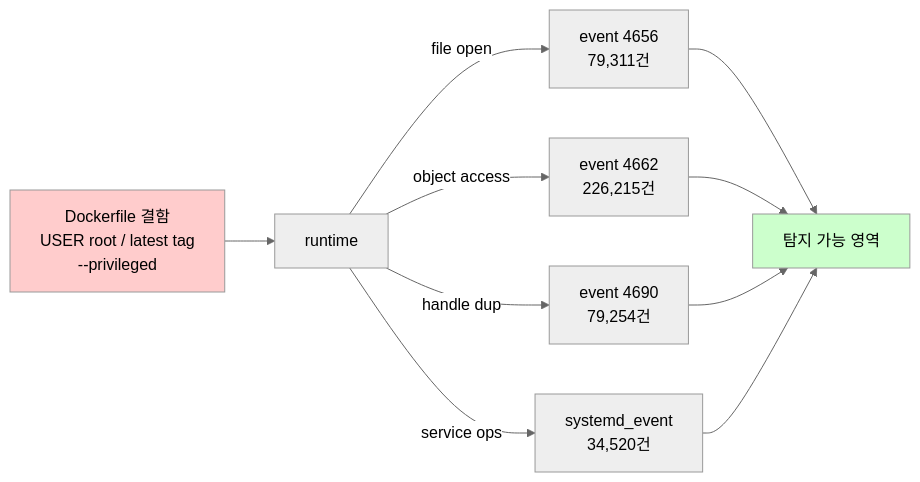
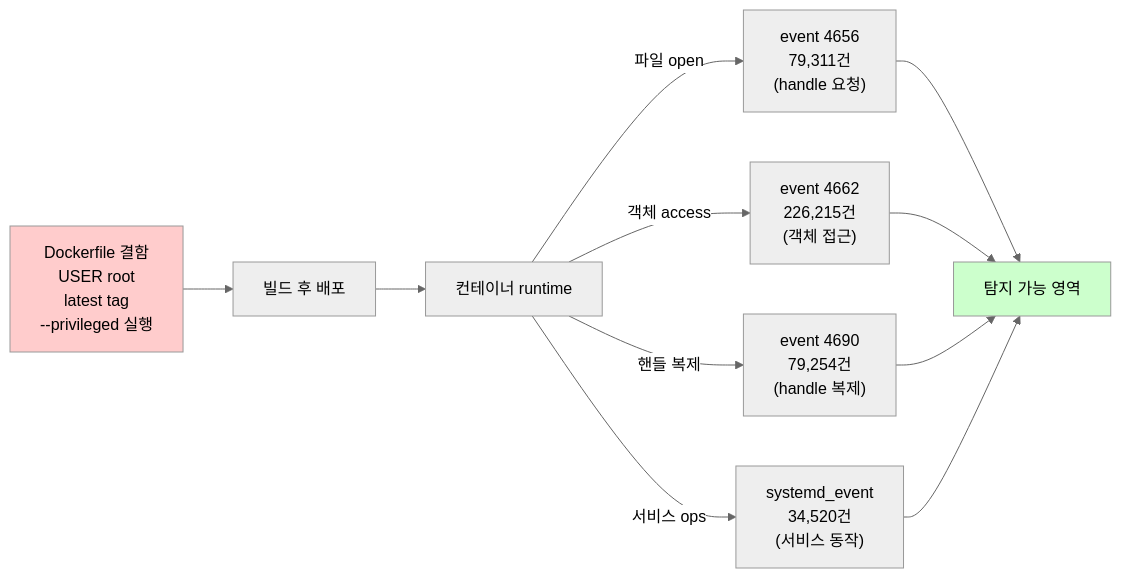
The diagram in contents/education/course6-cloud-container/week02/lecture.md (mrgrit/ccc), drawn with Mermaid (neutral theme) before and after one commit. The commit also changed other lines of this file and 12 other files, not shown here.

````diff
--- a/contents/education/course6-cloud-container/week02/lecture.md
+++ b/contents/education/course6-cloud-container/week02/lecture.md
@@ -492,15 +494,16 @@
 ```mermaid
 graph LR
-    DF["Dockerfile 결함<br/>USER root / latest tag<br/>--privileged"] --> RUN[runtime]
-    RUN -->|file open| H4656[event 4656<br/>79,311건]
-    RUN -->|object access| H4662[event 4662<br/>226,215건]
-    RUN -->|handle dup| H4690[event 4690<br/>79,254건]
-    RUN -->|service ops| SYS[systemd_event<br/>34,520건]
-    H4656 --> DET[탐지 가능 영역]
+    DF["Dockerfile 결함<br/>USER root<br/>latest tag<br/>--privileged 실행"] --> BUILD[빌드 후 배포]
+    BUILD --> RUN[컨테이너 runtime]
+    RUN -->|파일 open| H4656["event 4656<br/>79,311건<br/>(handle 요청)"]
+    RUN -->|객체 access| H4662["event 4662<br/>226,215건<br/>(객체 접근)"]
+    RUN -->|핸들 복제| H4690["event 4690<br/>79,254건<br/>(handle 복제)"]
+    RUN -->|서비스 ops| SYS["systemd_event<br/>34,520건<br/>(서비스 동작)"]
+    H4656 --> DET["탐지 가능 영역"]
     H4662 --> DET
     H4690 --> DET
     SYS --> DET
 
     style DF fill:#ffcccc
     style DET fill:#ccffcc
 ```
````
